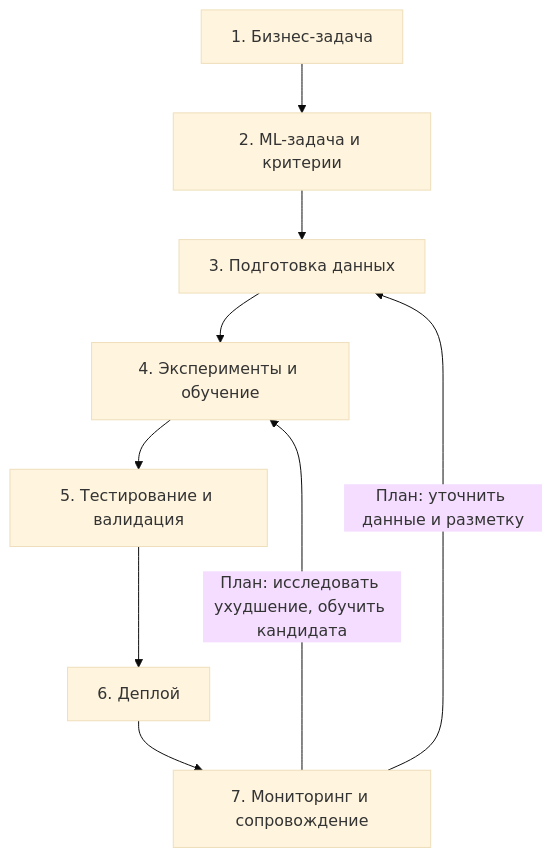
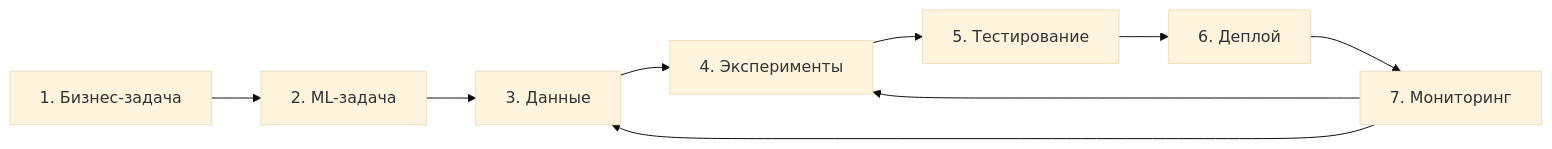
The diagram in docs/course/LIFECYCLE.md (aleksandr-novikov/ai-integration-development), drawn with Mermaid (base theme) before and after one commit. The commit also changed other lines of this file, not shown here.

````diff
--- a/docs/course/LIFECYCLE.md
+++ b/docs/course/LIFECYCLE.md
@@ -17,11 +17,11 @@
 ```mermaid
-flowchart TB
-    A["1. Бизнес-задача"] --> B["2. ML-задача и критерии"]
-    B --> C["3. Подготовка данных"]
-    C --> D["4. Эксперименты и обучение"]
-    D --> E["5. Тестирование и валидация"]
+flowchart LR
+    A["1. Бизнес-задача"] --> B["2. ML-задача"]
+    B --> C["3. Данные"]
+    C --> D["4. Эксперименты"]
+    D --> E["5. Тестирование"]
     E --> F["6. Деплой"]
-    F --> G["7. Мониторинг и сопровождение"]
-    G -->|"План: уточнить данные и разметку"| C
-    G -->|"План: исследовать ухудшение, обучить кандидата"| D
+    F --> G["7. Мониторинг"]
+    G --> C
+    G --> D
 ```
````
